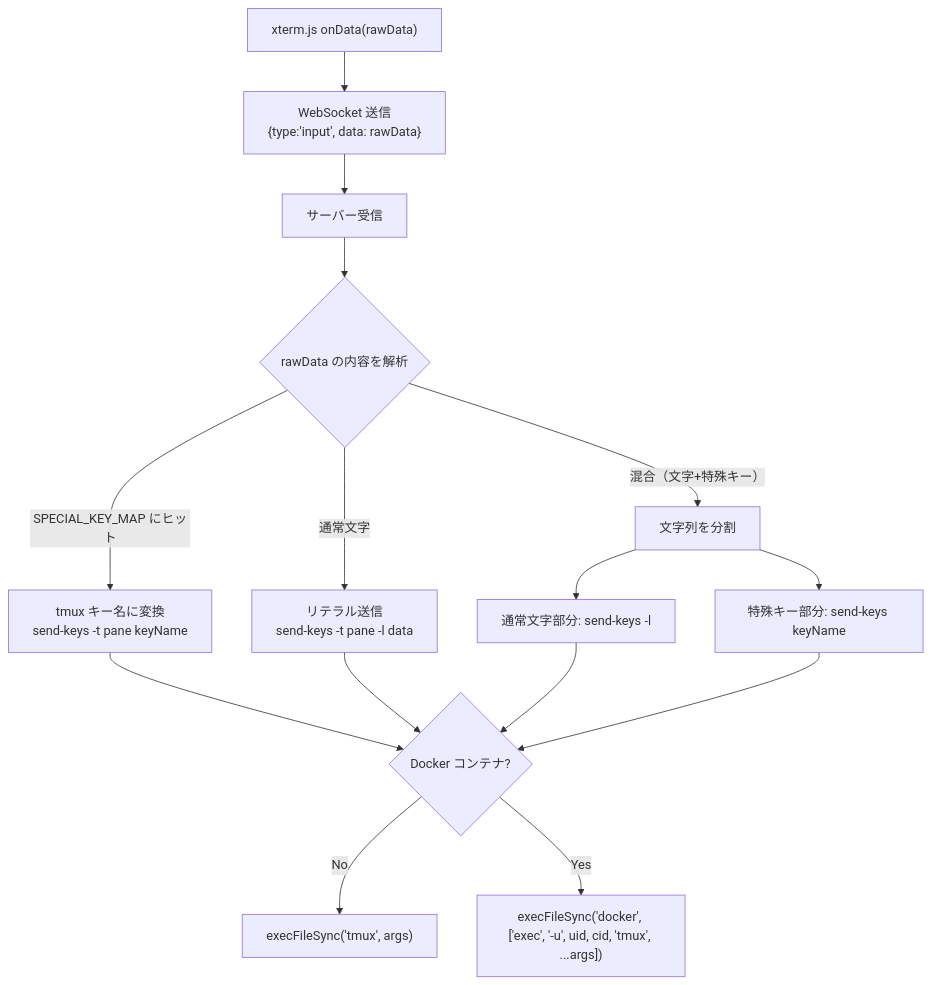
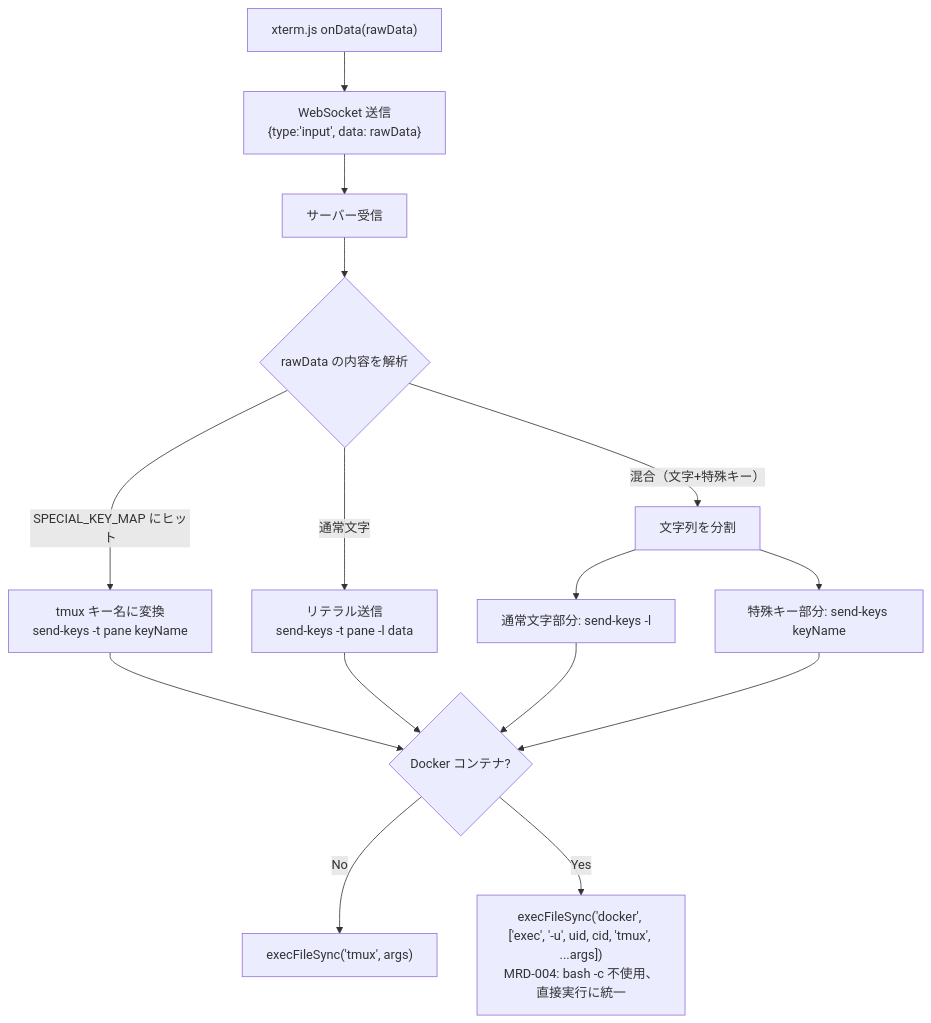
Before and after one commit to NagasakaH/dev-process: the seventh of 9 diagrams in docs/copilot-session-viewer/design/04_process-flow-design.md, drawn with Mermaid. The commit also changed other lines of this file and 7 other files, not shown here.

````diff
--- a/docs/copilot-session-viewer/design/04_process-flow-design.md
+++ b/docs/copilot-session-viewer/design/04_process-flow-design.md
@@ -231,18 +239,18 @@
 ```mermaid
 flowchart TD
     A["xterm.js onData(rawData)"] --> B["WebSocket 送信<br/>{type:'input', data: rawData}"]
     B --> C["サーバー受信"]
     C --> D{rawData の内容を解析}
     D -->|"SPECIAL_KEY_MAP にヒット"| E["tmux キー名に変換<br/>send-keys -t pane keyName"]
     D -->|"通常文字"| F["リテラル送信<br/>send-keys -t pane -l data"]
     D -->|"混合（文字+特殊キー）"| G["文字列を分割"]
     G --> H["通常文字部分: send-keys -l"]
     G --> I["特殊キー部分: send-keys keyName"]
 
     E --> J{Docker コンテナ?}
     F --> J
     H --> J
     I --> J
     J -->|"No"| K["execFileSync('tmux', args)"]
-    J -->|"Yes"| L["execFileSync('docker', ['exec', '-u', uid, cid, 'tmux', ...args])"]
+    J -->|"Yes"| L["execFileSync('docker', ['exec', '-u', uid, cid, 'tmux', ...args])<br/>MRD-004: bash -c 不使用、直接実行に統一"]
 ```
````
